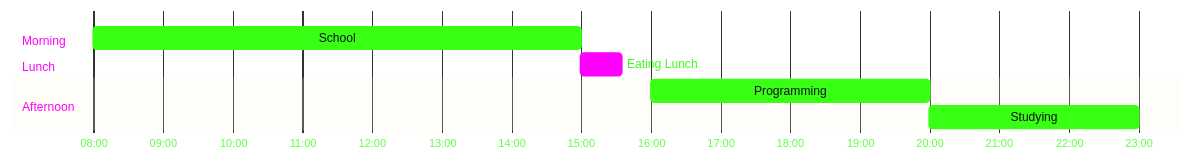
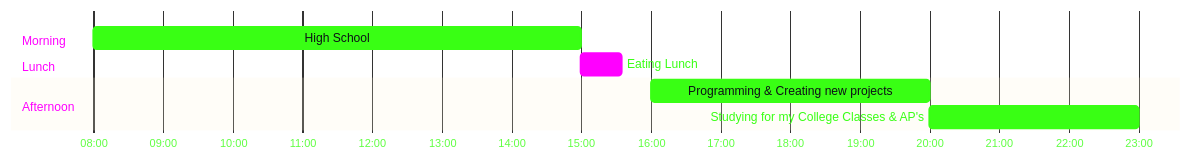
The diagram in README.md (Yassin2626/Yassin2626), drawn with Mermaid before and after one commit.

Commit message:
Quick Change

````diff
--- a/README.md
+++ b/README.md
@@ -62,32 +62,32 @@
 ```mermaid
 %%{init: {'theme':'base','themeVariables':{
   'taskBkgColor':'#39FF14',
   'taskBorderColor':'#39FF14',
   'taskTextColor':'#0d1117',
   'taskTextLightColor':'#0d1117',
   'taskTextDarkColor':'#0d1117',
   'taskTextOutsideColor':'#39FF14',
   'critBkgColor':'#FF00FF',
   'critBorderColor':'#FF00FF',
   'textColor':'#39FF14',
   'titleColor':'#FF00FF',
   'sectionBkgColor':'transparent',
   'altSectionBkgColor':'transparent',
   'gridColor':'#39FF14',
   'tickColor':'#39FF14',
   'todayLineColor':'#FF00FF'
 }}}%%
 gantt
   dateFormat HH:mm
   axisFormat %H:%M
 
   section Morning
-    School                  :08:00, 420m
+    High School                  :08:00, 420m
 
   section Lunch
     Eating Lunch            :crit, 15:00, 35m
 
   section Afternoon
-    Programming             :16:00, 240m
-    Studying                :20:00, 180m
+    Programming & Creating new projects              :16:00, 240m
+    Studying for my College Classes & AP's                :20:00, 180m
 ```
````
